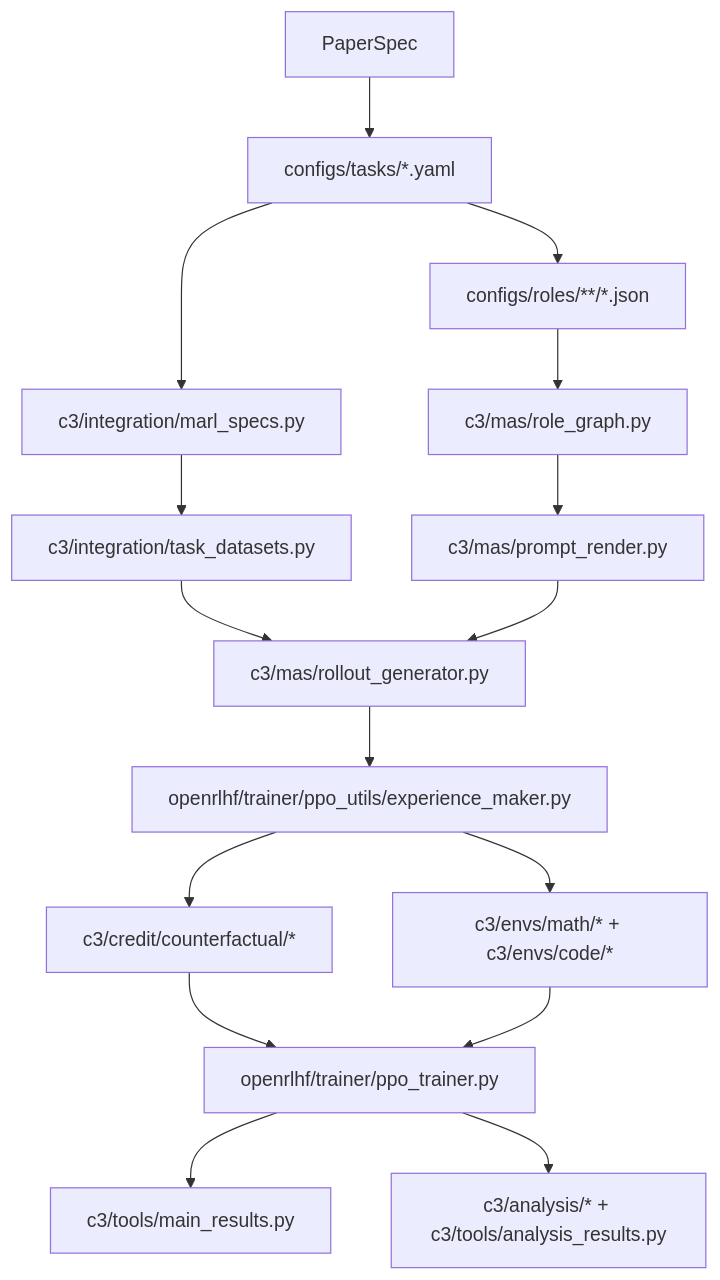
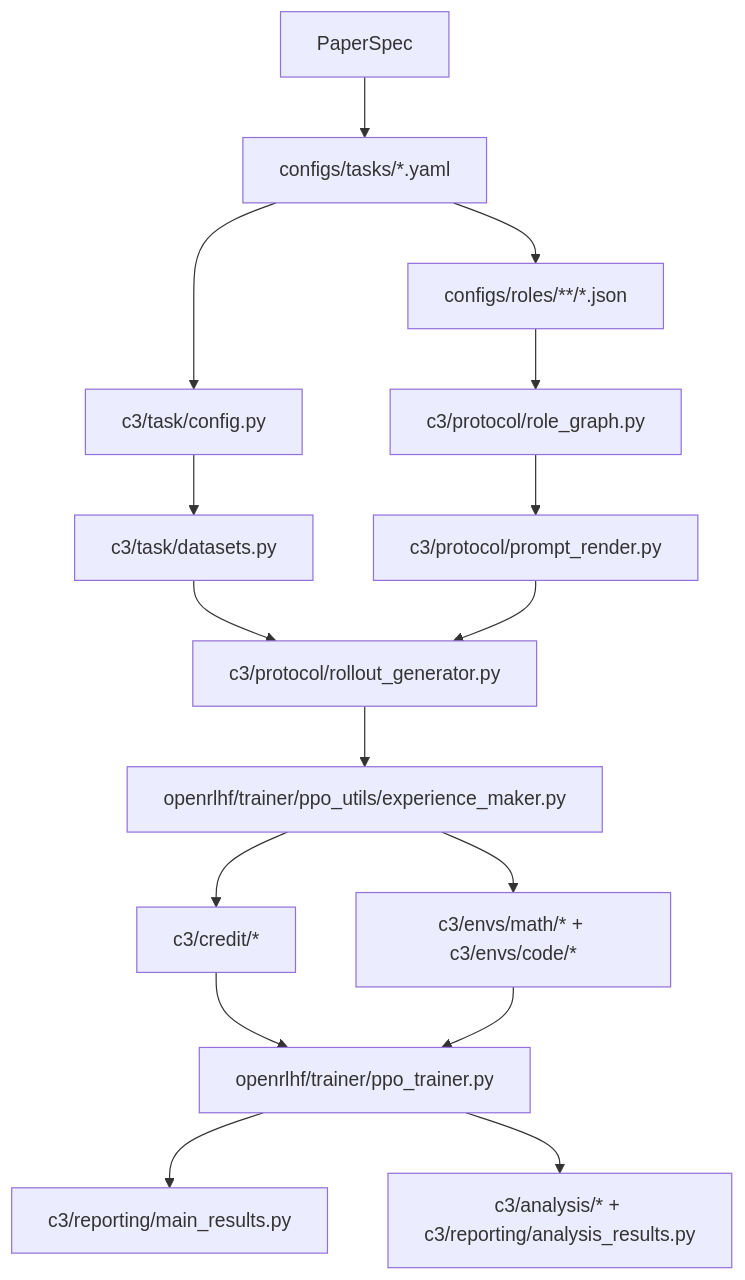
The diagram in docs/20_implementation_audit.md (EIT-EAST-Lab/C3), drawn with Mermaid before and after one commit. The commit also changed other lines of this file and 64 other files, not shown here.

````diff
--- a/docs/20_implementation_audit.md
+++ b/docs/20_implementation_audit.md
@@ -13,18 +13,18 @@
 ```mermaid
 flowchart TD
 PaperSpec["PaperSpec"] --> TaskConfigs["configs/tasks/*.yaml"]
 TaskConfigs --> RoleConfigs["configs/roles/**/*.json"]
-TaskConfigs --> TaskLoader["c3/integration/marl_specs.py"]
-TaskLoader --> DatasetLoader["c3/integration/task_datasets.py"]
-RoleConfigs --> RoleGraph["c3/mas/role_graph.py"]
-RoleGraph --> PromptRender["c3/mas/prompt_render.py"]
-DatasetLoader --> RolloutGen["c3/mas/rollout_generator.py"]
+TaskConfigs --> TaskLoader["c3/task/config.py"]
+TaskLoader --> DatasetLoader["c3/task/datasets.py"]
+RoleConfigs --> RoleGraph["c3/protocol/role_graph.py"]
+RoleGraph --> PromptRender["c3/protocol/prompt_render.py"]
+DatasetLoader --> RolloutGen["c3/protocol/rollout_generator.py"]
 PromptRender --> RolloutGen
 RolloutGen --> ExperienceMaker["openrlhf/trainer/ppo_utils/experience_maker.py"]
-ExperienceMaker --> CreditProvider["c3/credit/counterfactual/*"]
+ExperienceMaker --> CreditProvider["c3/credit/*"]
 ExperienceMaker --> EnvReward["c3/envs/math/* + c3/envs/code/*"]
 CreditProvider --> Trainer["openrlhf/trainer/ppo_trainer.py"]
 EnvReward --> Trainer
-Trainer --> MainResults["c3/tools/main_results.py"]
-Trainer --> Analysis["c3/analysis/* + c3/tools/analysis_results.py"]
+Trainer --> MainResults["c3/reporting/main_results.py"]
+Trainer --> Analysis["c3/analysis/* + c3/reporting/analysis_results.py"]
 ```
````
